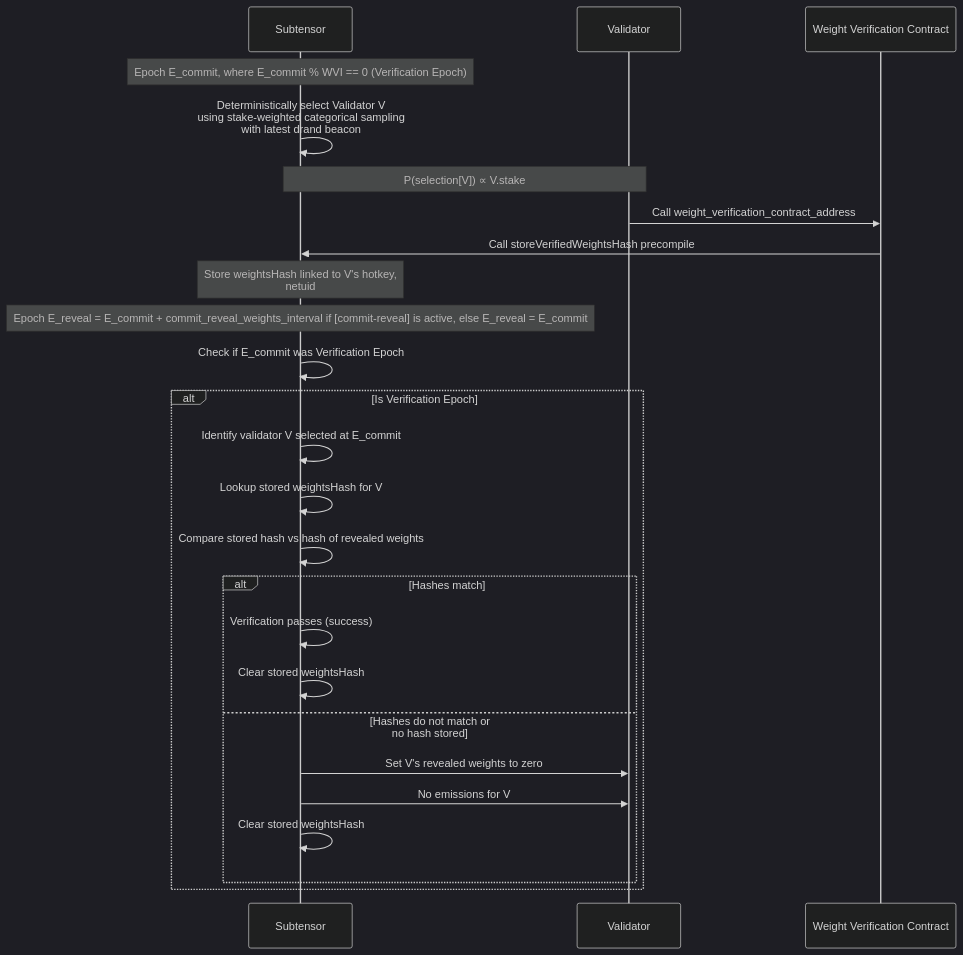
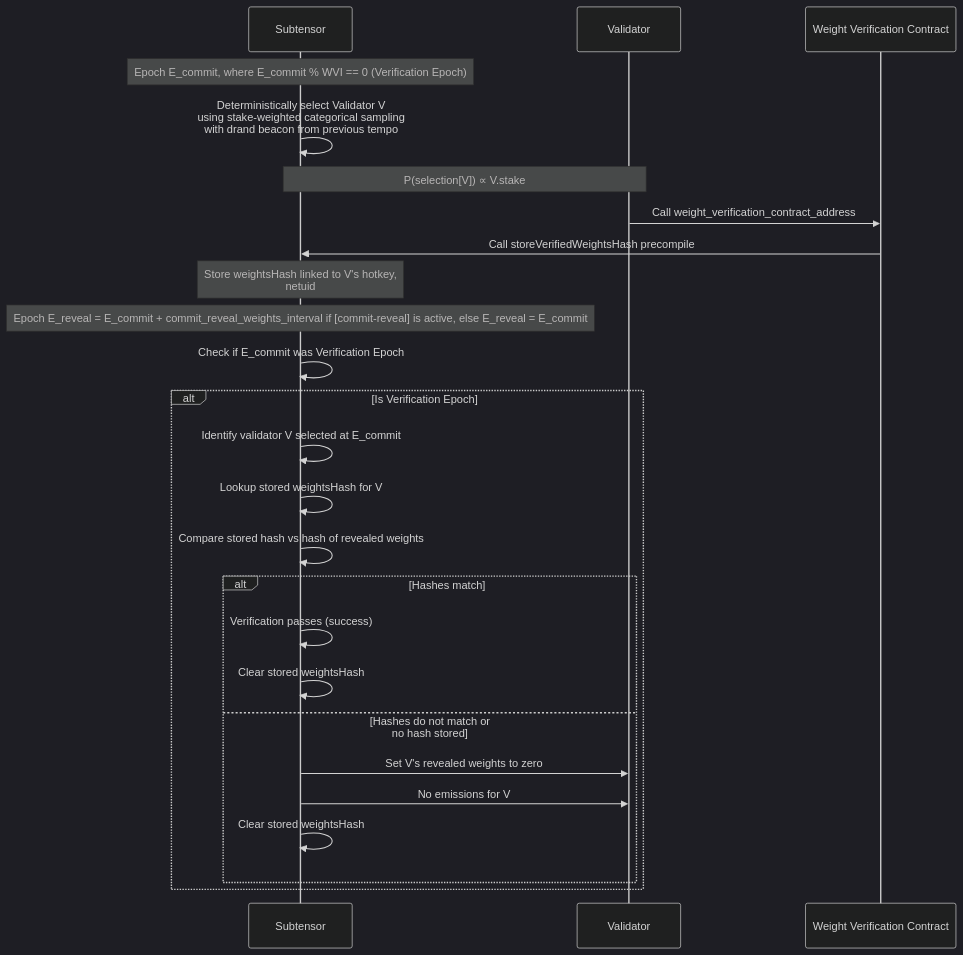
The diagram in bits/BIT-0008-EVM-Weight-Verification.md (opentensor/bits), drawn with Mermaid (dark theme) before and after one commit. The commit also changed other lines of this file, not shown here.

````diff
--- a/bits/BIT-0008-EVM-Weight-Verification.md
+++ b/bits/BIT-0008-EVM-Weight-Verification.md
@@ -101,31 +101,31 @@
 ```mermaid
 sequenceDiagram
     participant S as Subtensor
     participant V as Validator
     participant C as Weight Verification Contract
 
     %% Commit Epoch (E_commit)
     Note over S: Epoch E_commit, where E_commit % WVI == 0 (Verification Epoch)
-    S->>S: Deterministically select Validator V<br/>using stake-weighted categorical sampling<br/>with latest drand beacon
+    S->>S: Deterministically select Validator V<br/>using stake-weighted categorical sampling<br/>with drand beacon from previous tempo
     Note over S,V: P(selection[V]) ∝ V.stake
     V->>C: Call weight_verification_contract_address
     C->>S: Call storeVerifiedWeightsHash precompile
     Note over S: Store weightsHash linked to V's hotkey,<br/>netuid
 
     %% Reveal Epoch (E_reveal)
     Note over S: Epoch E_reveal = E_commit + commit_reveal_weights_interval if [commit-reveal] is active, else E_reveal = E_commit
     S->>S: Check if E_commit was Verification Epoch
     alt Is Verification Epoch
         S->>S: Identify validator V selected at E_commit
         S->>S: Lookup stored weightsHash for V
         S->>S: Compare stored hash vs hash of revealed weights
         alt Hashes match
             S->>S: Verification passes (success)
             S->>S: Clear stored weightsHash
         else Hashes do not match or<br/>no hash stored
             S->>V: Set V's revealed weights to zero
             S->>V: No emissions for V
             S->>S: Clear stored weightsHash
         end
     end
 ```
````
